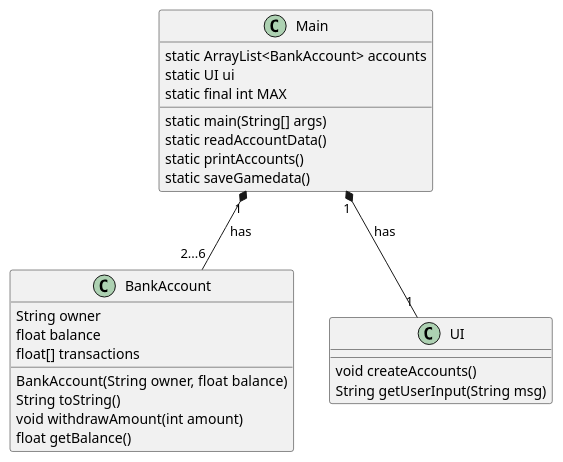
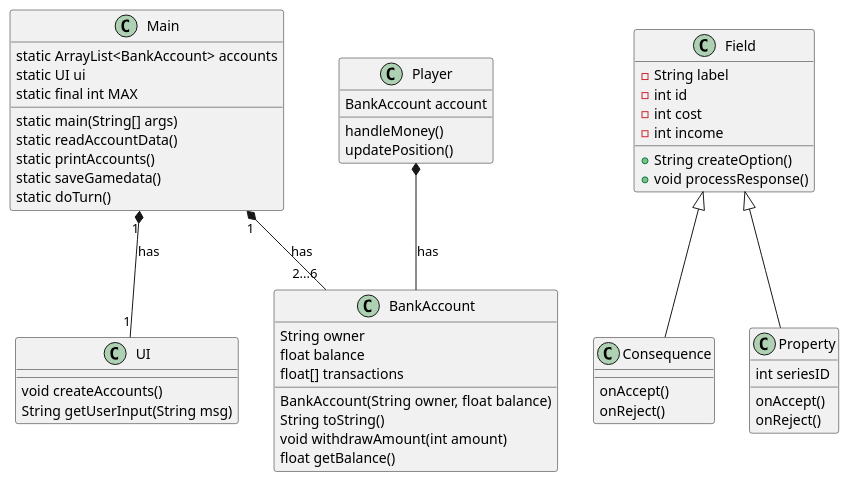
The diagram in thisproject.puml (tessG/E2021Matador), drawn with PlantUML before and after one commit. The commit also changed 14 other files, not shown here.

```diff
--- a/thisproject.puml
+++ b/thisproject.puml
@@ -1,25 +1,49 @@
 @startuml
 
 Main "1" *-- "2...6" BankAccount : has
-
 Main "1" *-- "1" UI : has
+Player *-- BankAccount : has
+Field <|-- Consequence
+Field <|-- Property
 Main : static ArrayList<BankAccount> accounts
 Main : static UI ui
 Main : static final int MAX
 Main : static main(String[] args)
 Main : static readAccountData()
 Main : static printAccounts()
 Main : static saveGamedata()
+Main : static doTurn()
 
 BankAccount : BankAccount(String owner, float balance)
 BankAccount : String owner
 BankAccount : float balance
 BankAccount : float[] transactions
 
 BankAccount : String toString()
 BankAccount : void withdrawAmount(int amount)
 BankAccount : float getBalance()
 
 UI : void createAccounts()
 UI : String getUserInput(String msg)
+
+Field : - String label
+Field : - int id
+Field : - int cost
+Field : - int income
+Field : + String createOption()
+Field : + void processResponse()
+
+Property : int seriesID
+Property : onAccept()
+Property : onReject()
+
+Consequence : onAccept()
+Consequence : onReject()
+
+Player : BankAccount account
+Player : handleMoney()
+Player : updatePosition()
+
+
+
 @enduml
```
